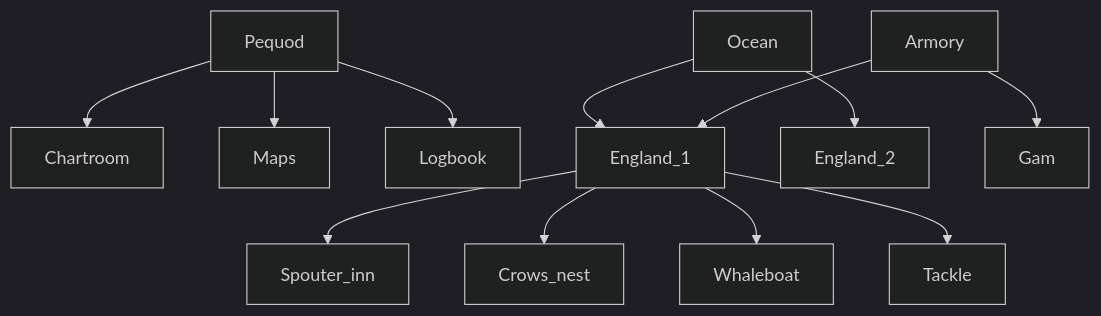
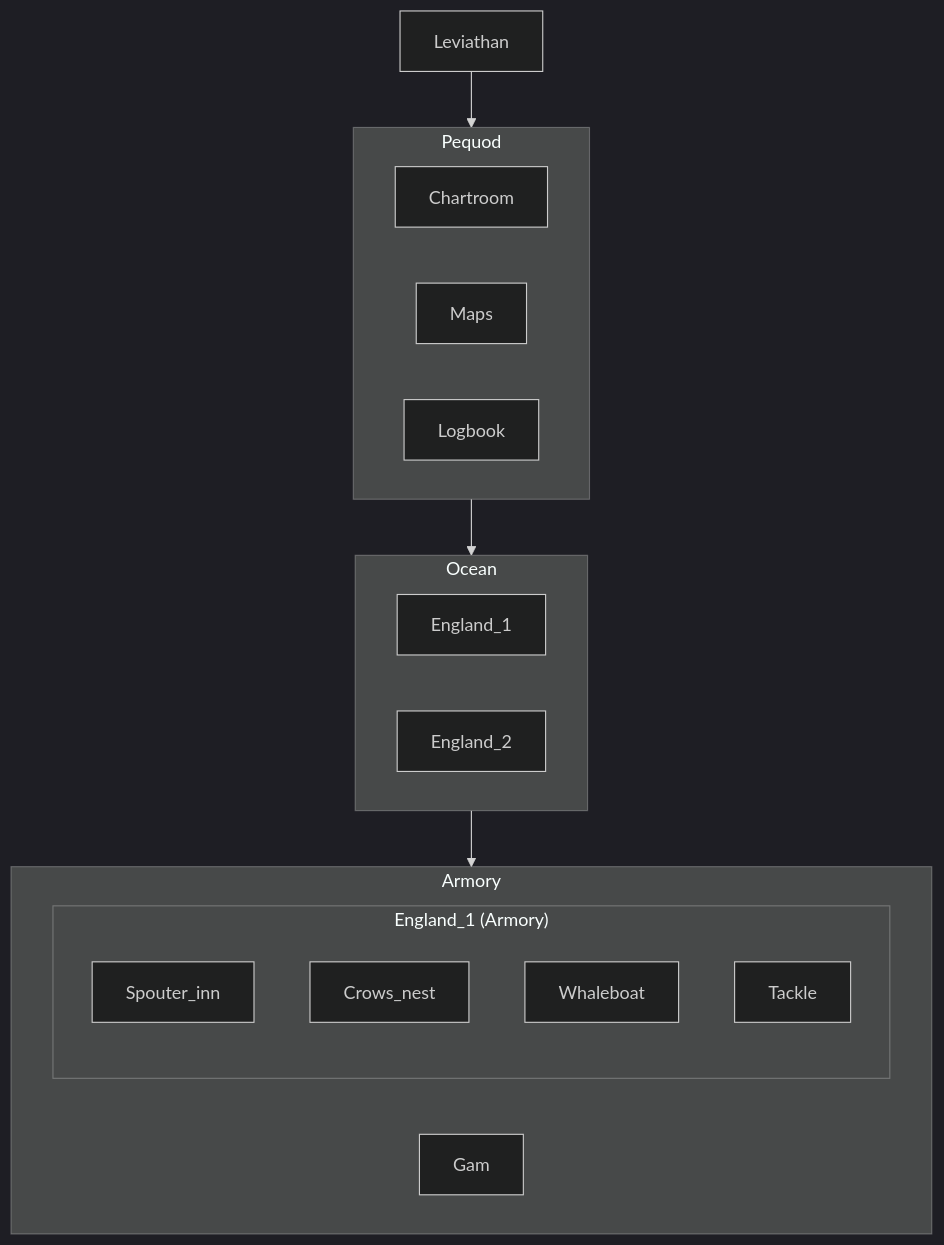
Before and after one commit to michael-knight-10586/Leviathan: the diagram in Nantucket/directory_diagram.mmd, drawn with Mermaid (dark theme).

Commit message:
chore: update Mermaid source for sequential flowchart

```diff
--- a/Nantucket/directory_diagram.mmd
+++ b/Nantucket/directory_diagram.mmd
@@ -1,12 +1,26 @@
-graph TD
-  Pequod --> Chartroom
-  Pequod --> Maps
-  Pequod --> Logbook
-  Ocean --> England_1
-  Ocean --> England_2
-  Armory --> Gam
-  Armory --> England_1
-  England_1 --> Spouter_inn
-  England_1 --> Crows_nest
-  England_1 --> Whaleboat
-  England_1 --> Tackle
+flowchart TB
+  Leviathan["Leviathan"]
+  Leviathan --> Pequod["Pequod"]
+  Pequod --> Ocean["Ocean"]
+  Ocean --> Armory["Armory"]
+
+  subgraph Pequod
+    Chartroom["Chartroom"]
+    Maps["Maps"]
+    Logbook["Logbook"]
+  end
+
+  subgraph Ocean
+    England_1["England_1"]
+    England_2["England_2"]
+  end
+
+  subgraph Armory
+    Gam["Gam"]
+    subgraph Armory_England1["England_1 (Armory)"]
+      Spouter_inn["Spouter_inn"]
+      Crows_nest["Crows_nest"]
+      Whaleboat["Whaleboat"]
+      Tackle["Tackle"]
+    end
+  end
```
